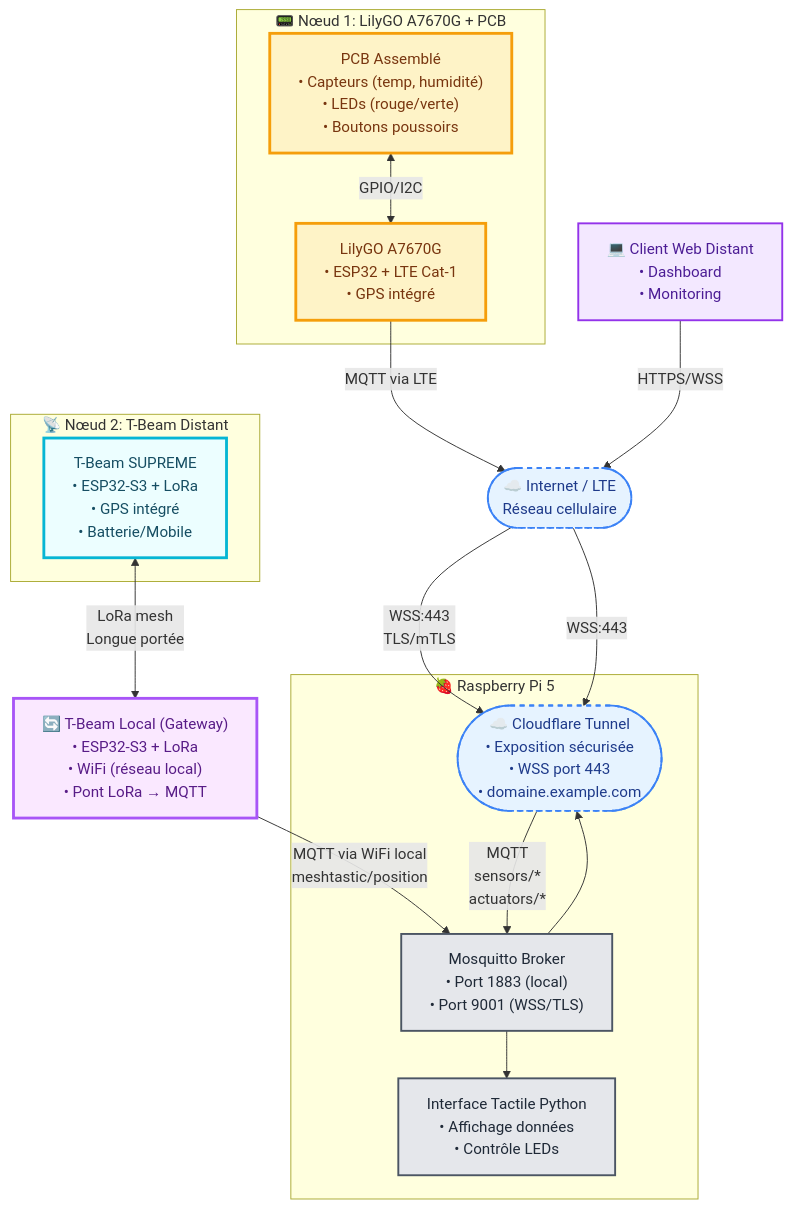
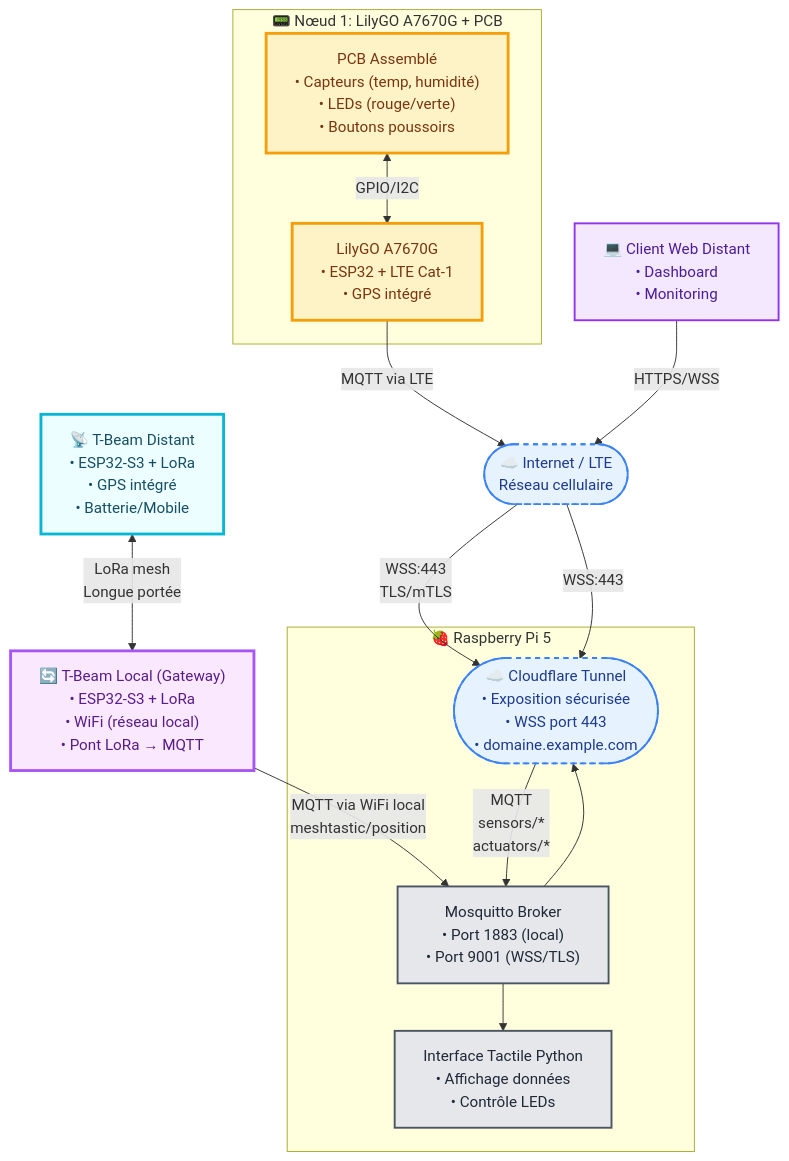
One commit to fpoisson2/243-4J5-LI changed the first of 3 diagrams in architecture-finale-projet.md. Above: the diagram before and after it, drawn with Mermaid.

````diff
--- a/architecture-finale-projet.md
+++ b/architecture-finale-projet.md
@@ -8,63 +8,61 @@
 ```mermaid
 graph TB
     subgraph Device_LTE["📟 Nœud 1: LilyGO A7670G + PCB"]
         PCB["PCB Assemblé<br/>• Capteurs (temp, humidité)<br/>• LEDs (rouge/verte)<br/>• Boutons poussoirs"]
 
         A7670G["LilyGO A7670G<br/>• ESP32 + LTE Cat-1<br/>• GPS intégré"]
 
         PCB <-->|GPIO/I2C| A7670G
     end
 
-    subgraph Device_LoRa["📡 Nœud 2: T-Beam Distant"]
-        TBeam_Distant["T-Beam SUPREME<br/>• ESP32-S3 + LoRa<br/>• GPS intégré<br/>• Batterie/Mobile"]
-    end
+    TBeam_Distant["📡 T-Beam Distant<br/>• ESP32-S3 + LoRa<br/>• GPS intégré<br/>• Batterie/Mobile"]
 
     TBeam_Local["🔄 T-Beam Local (Gateway)<br/>• ESP32-S3 + LoRa<br/>• WiFi (réseau local)<br/>• Pont LoRa → MQTT"]
 
     subgraph RaspberryPi["🍓 Raspberry Pi 5"]
         Mosquitto["Mosquitto Broker<br/>• Port 1883 (local)<br/>• Port 9001 (WSS/TLS)"]
 
         InterfaceTactile["Interface Tactile Python<br/>• Affichage données<br/>• Contrôle LEDs"]
 
         Mosquitto --> InterfaceTactile
         Mosquitto --> CloudflareTunnel
     end
 
     CloudflareTunnel(["☁️ Cloudflare Tunnel<br/>• Exposition sécurisée<br/>• WSS port 443<br/>• domaine.example.com"])
 
     Internet(["☁️ Internet / LTE<br/>Réseau cellulaire"])
 
     ClientDistant["💻 Client Web Distant<br/>• Dashboard<br/>• Monitoring"]
 
     %% Flux de communication
 
     %% Nœud 1 passe par Internet/Cloudflare
     A7670G -->|"MQTT via LTE"| Internet
     Internet -->|"WSS:443<br/>TLS/mTLS"| CloudflareTunnel
     CloudflareTunnel -->|"MQTT<br/>sensors/*<br/>actuators/*"| Mosquitto
 
     %% Nœud 2 via LoRa mesh
     TBeam_Distant <-->|"LoRa mesh<br/>Longue portée"| TBeam_Local
 
     %% Gateway local
     TBeam_Local -->|"MQTT via WiFi local<br/>meshtastic/position"| Mosquitto
 
     %% Accès client distant
     ClientDistant -->|"HTTPS/WSS"| Internet
     Internet -->|"WSS:443"| CloudflareTunnel
 
     %% Styles
     classDef lte fill:#fef3c7,stroke:#f59e0b,stroke-width:3px,color:#78350f
     classDef lora_remote fill:#ecfeff,stroke:#06b6d4,stroke-width:3px,color:#164e63
     classDef lora_local fill:#fae8ff,stroke:#a855f7,stroke-width:3px,color:#581c87
     classDef infra fill:#e5e7eb,stroke:#4b5563,stroke-width:2px,color:#1f2937
     classDef cloud fill:#e6f3ff,stroke:#3b82f6,stroke-width:2px,stroke-dasharray:5 5,color:#1e3a8a
     classDef client fill:#f3e8ff,stroke:#9333ea,stroke-width:2px,color:#4c1d95
 
     class PCB,A7670G lte
     class TBeam_Distant lora_remote
     class TBeam_Local lora_local
     class Mosquitto,InterfaceTactile infra
     class CloudflareTunnel,Internet cloud
     class ClientDistant client
 ```
````
